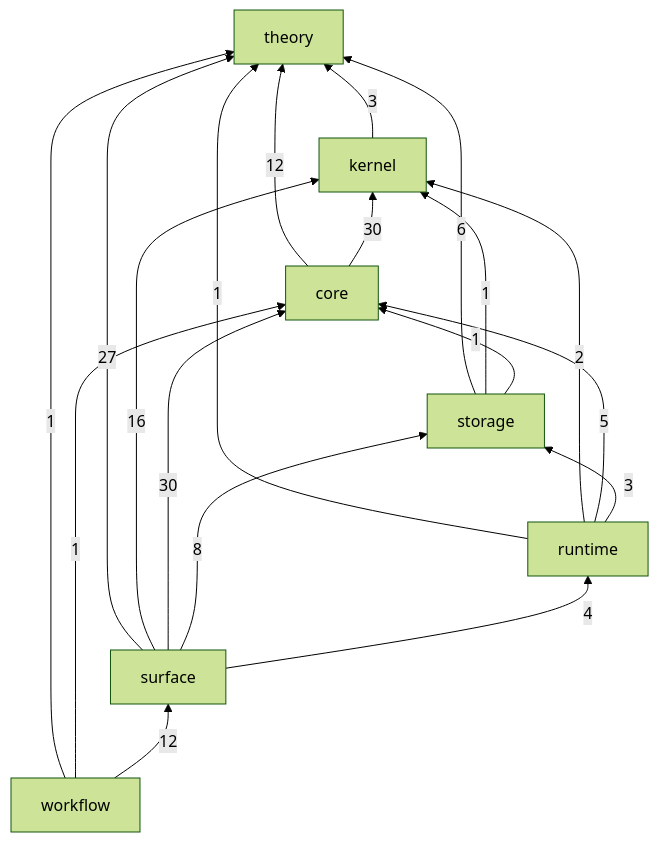
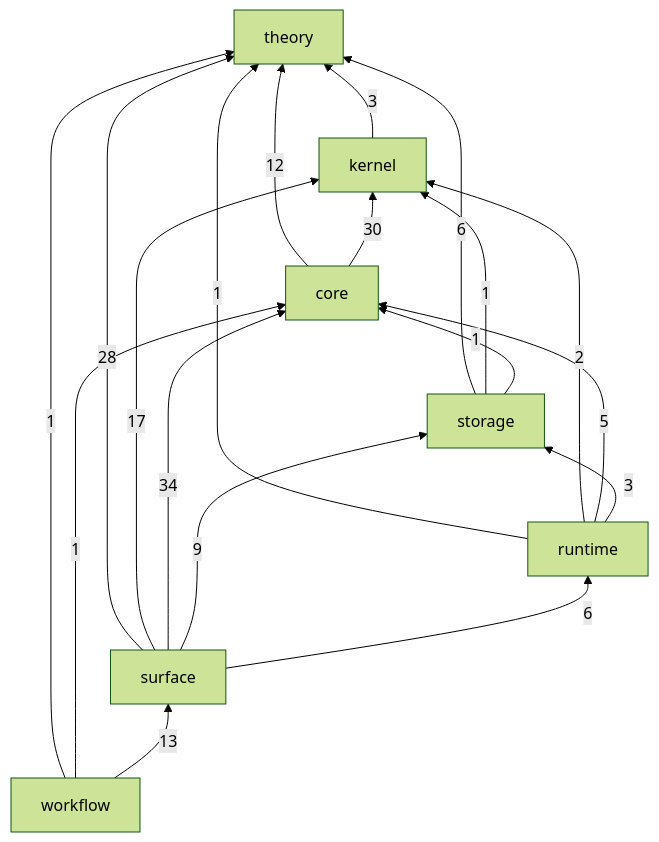
Before and after one commit to gandr-lang/gandr: the diagram in ledger/README.md, drawn with Mermaid (forest theme). The commit also changed 246 other files, not shown here.

````diff
--- a/ledger/README.md
+++ b/ledger/README.md
@@ -28,28 +28,28 @@
 ```mermaid
 flowchart BT
   theory
   kernel
   core
   storage
   runtime
   surface
   workflow
   kernel -->|3| theory
   core -->|12| theory
   core -->|30| kernel
   storage -->|6| theory
   storage -->|1| kernel
   storage -->|1| core
   runtime -->|1| theory
   runtime -->|2| kernel
   runtime -->|5| core
   runtime -->|3| storage
-  surface -->|27| theory
-  surface -->|16| kernel
-  surface -->|30| core
-  surface -->|8| storage
-  surface -->|4| runtime
+  surface -->|28| theory
+  surface -->|17| kernel
+  surface -->|34| core
+  surface -->|9| storage
+  surface -->|6| runtime
   workflow -->|1| theory
   workflow -->|1| core
-  workflow -->|12| surface
+  workflow -->|13| surface
 ```
````
